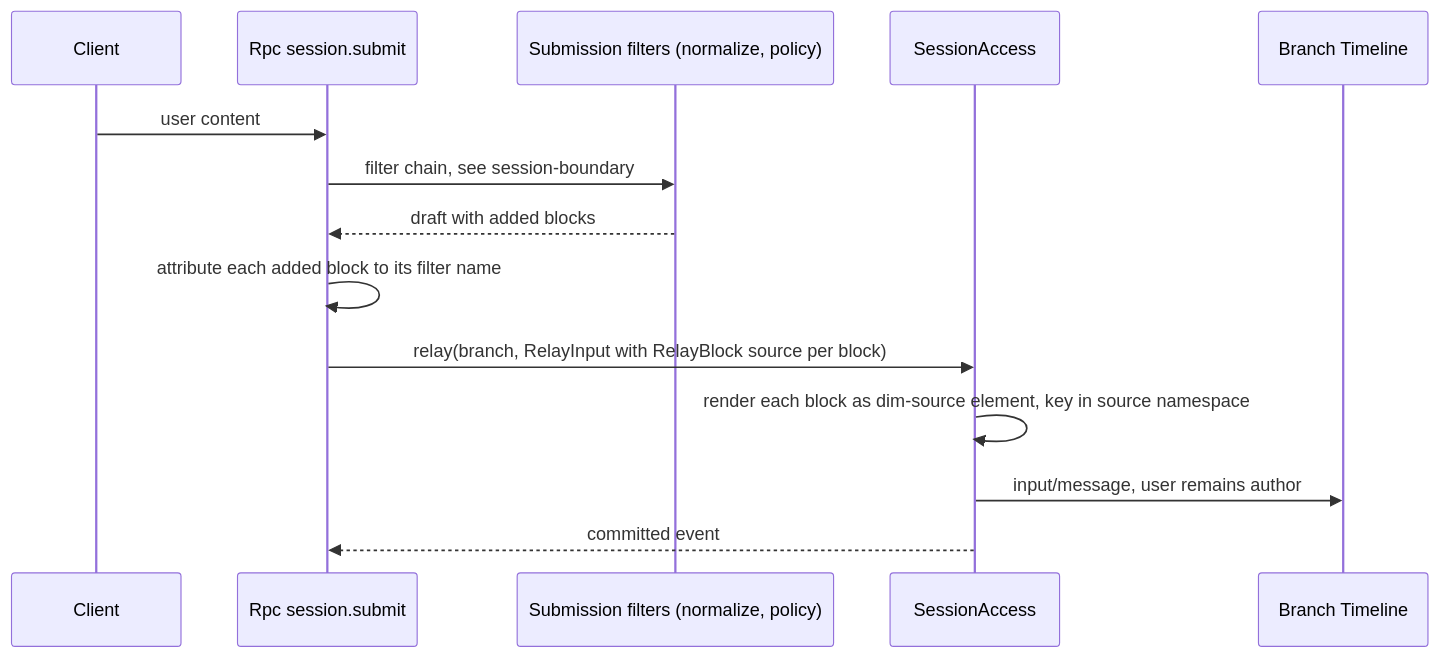
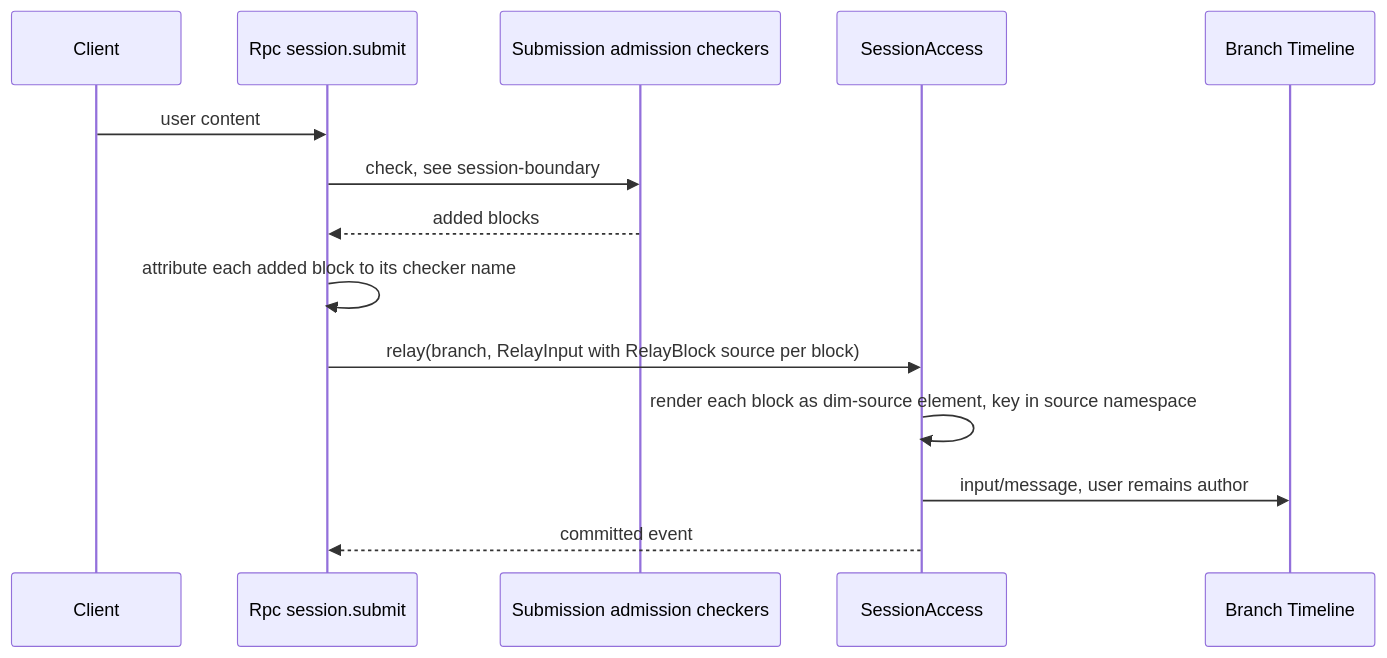
One commit to CoutinhoTTS/dim-agent changed the fourth of 6 diagrams in docs/design/contracts/session-access.md. Above: the diagram before and after it, drawn with Mermaid. The commit also changed other lines of this file and 4 other files, not shown here.

````diff
--- a/docs/design/contracts/session-access.md
+++ b/docs/design/contracts/session-access.md
@@ -121,16 +104,16 @@
 ```mermaid
 sequenceDiagram
   participant CL as Client
   participant Rpc as Rpc session.submit
-  participant F as Submission filters (normalize, policy)
+  participant H as Submission admission checkers
   participant SA as SessionAccess
   participant TL as Branch Timeline
   CL->>Rpc: user content
-  Rpc->>F: filter chain, see session-boundary
-  F-->>Rpc: draft with added blocks
-  Rpc->>Rpc: attribute each added block to its filter name
+  Rpc->>H: check, see session-boundary
+  H-->>Rpc: added blocks
+  Rpc->>Rpc: attribute each added block to its checker name
   Rpc->>SA: relay(branch, RelayInput with RelayBlock source per block)
   SA->>SA: render each block as dim-source element, key in source namespace
   SA->>TL: input/message, user remains author
   SA-->>Rpc: committed event
 ```
````
